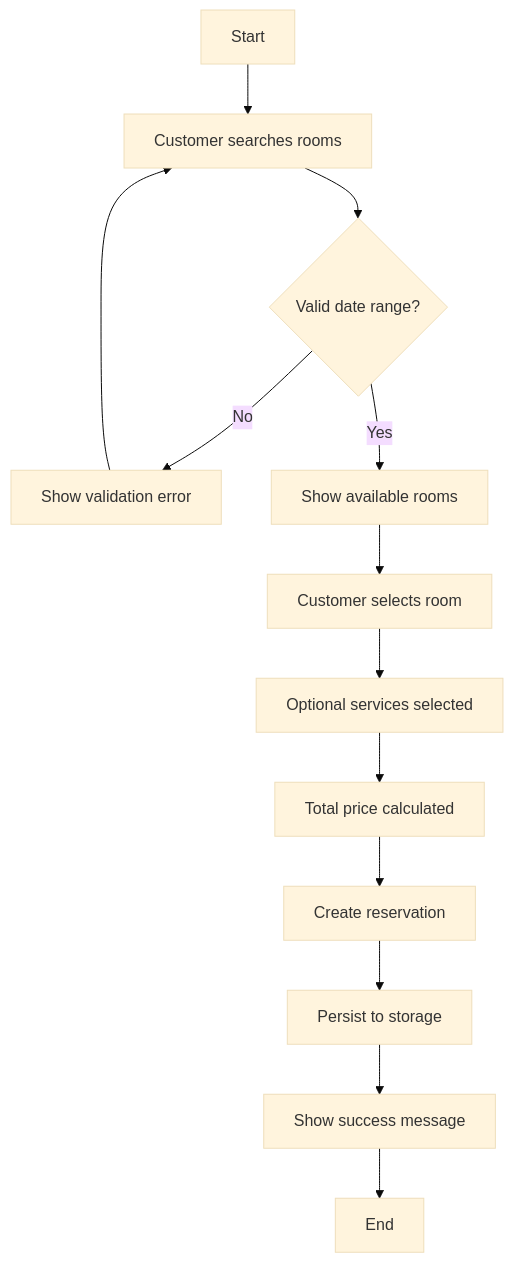
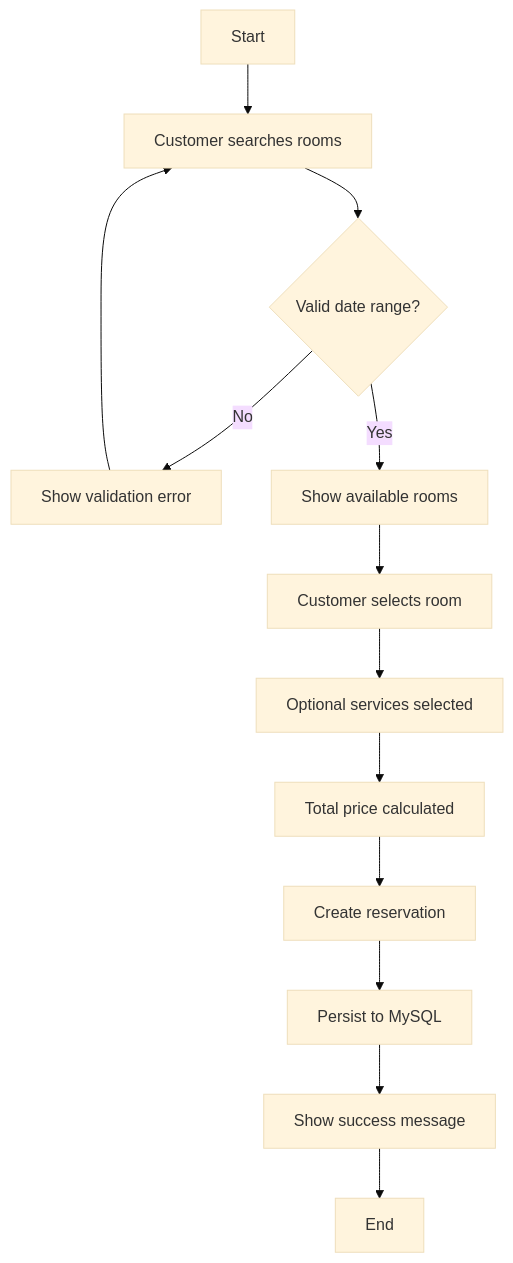
One commit to yagmurylmaz/YEBU-Tour- changed the second of 2 diagrams in docs/uml.md. Above: the diagram before and after it, drawn with Mermaid (base theme). The commit also changed other lines of this file and 5 other files, not shown here.

````diff
--- a/docs/uml.md
+++ b/docs/uml.md
@@ -56,15 +61,15 @@
 ```mermaid
 flowchart TD
     A[Start] --> B[Customer searches rooms]
     B --> C{Valid date range?}
     C -- No --> D[Show validation error]
     D --> B
     C -- Yes --> E[Show available rooms]
     E --> F[Customer selects room]
     F --> G[Optional services selected]
     G --> H[Total price calculated]
     H --> I[Create reservation]
-    I --> J[Persist to storage]
+    I --> J[Persist to MySQL]
     J --> K[Show success message]
     K --> L[End]
 ```
````
